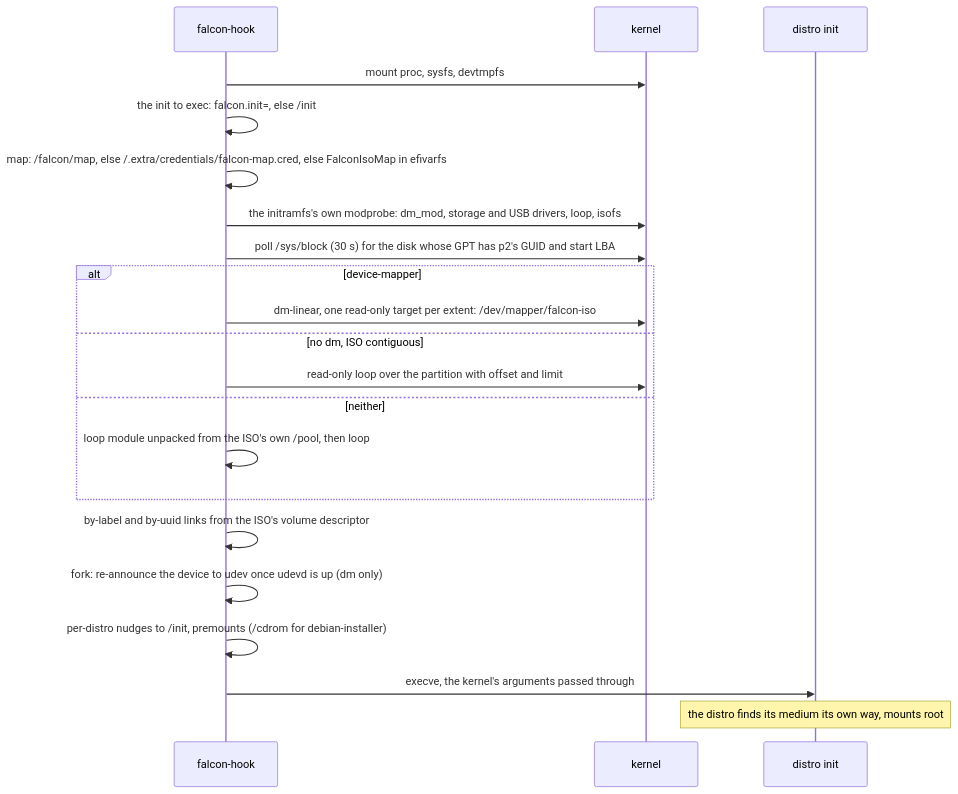
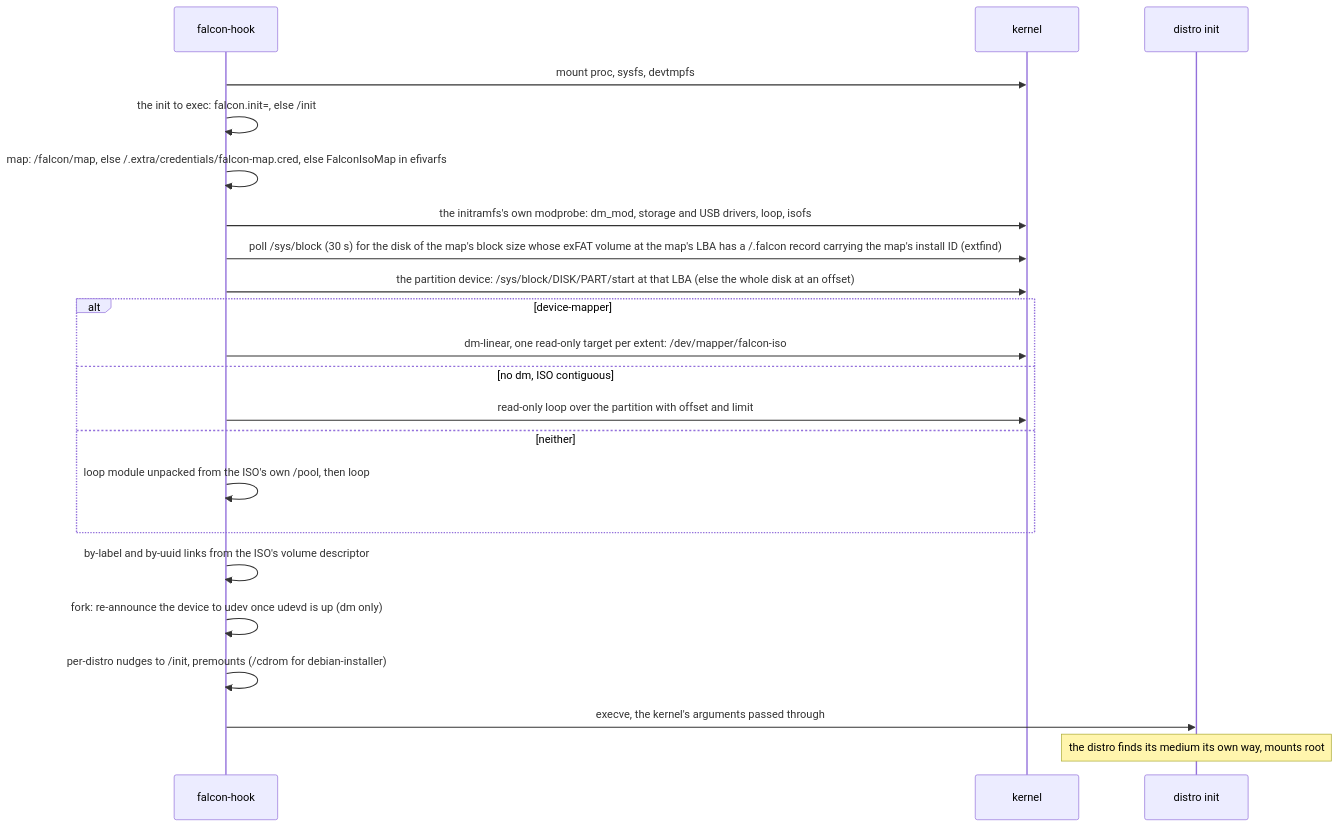
Diagram 20 of 24 in docs/DESIGN.md (vifair22/falcon-boot), drawn with Mermaid before and after one commit. The commit also changed other lines of this file and 27 other files, not shown here.

````diff
--- a/docs/DESIGN.md
+++ b/docs/DESIGN.md
@@ -3537,23 +3537,24 @@
 ```mermaid
 sequenceDiagram
     participant H as falcon-hook
     participant KN as kernel
     participant D as distro init
     H->>KN: mount proc, sysfs, devtmpfs
     H->>H: the init to exec: falcon.init=, else /init
     H->>H: map: /falcon/map, else /.extra/credentials/falcon-map.cred, else FalconIsoMap in efivarfs
     H->>KN: the initramfs's own modprobe: dm_mod, storage and USB drivers, loop, isofs
-    H->>KN: poll /sys/block (30 s) for the disk whose GPT has p2's GUID and start LBA
+    H->>KN: poll /sys/block (30 s) for the disk of the map's block size whose exFAT volume at the map's LBA has a /.falcon record carrying the map's install ID (extfind)
+    H->>KN: the partition device: /sys/block/DISK/PART/start at that LBA (else the whole disk at an offset)
     alt device-mapper
         H->>KN: dm-linear, one read-only target per extent: /dev/mapper/falcon-iso
     else no dm, ISO contiguous
         H->>KN: read-only loop over the partition with offset and limit
     else neither
         H->>H: loop module unpacked from the ISO's own /pool, then loop
     end
     H->>H: by-label and by-uuid links from the ISO's volume descriptor
     H->>H: fork: re-announce the device to udev once udevd is up (dm only)
     H->>H: per-distro nudges to /init, premounts (/cdrom for debian-installer)
     H->>D: execve, the kernel's arguments passed through
     Note over D: the distro finds its medium its own way, mounts root
 ```
````
